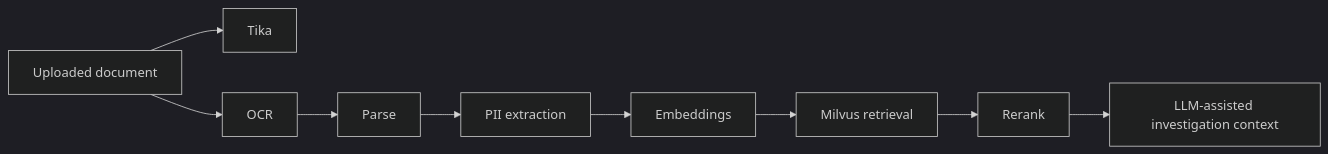
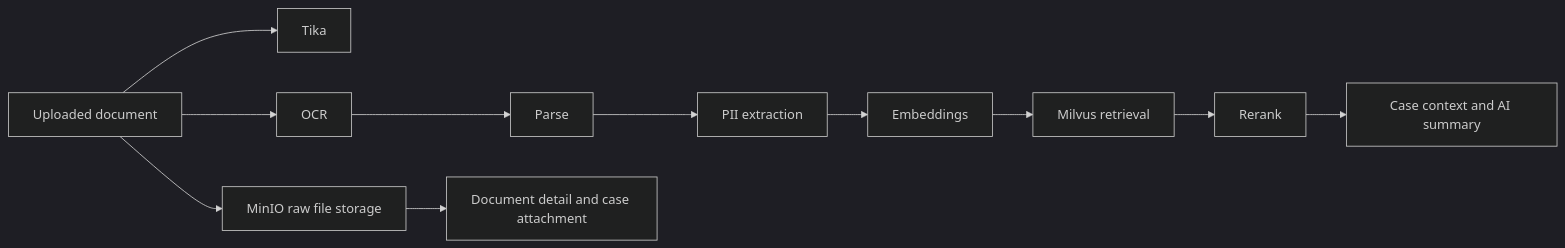
One commit to zeshaq/goaml-v2 changed the fourth of 10 diagrams in goaml-v2-project-overview-v3.md. Above: the diagram before and after it, drawn with Mermaid (dark theme). The commit also changed other lines of this file and 101 other files, not shown here.

````diff
--- a/goaml-v2-project-overview-v3.md
+++ b/goaml-v2-project-overview-v3.md
@@ -198,11 +204,13 @@
 ```mermaid
 flowchart LR
     A[Uploaded document] --> B[Tika]
     A --> C[OCR]
     C --> D[Parse]
     D --> E[PII extraction]
     E --> F[Embeddings]
     F --> G[Milvus retrieval]
     G --> H[Rerank]
-    H --> I[LLM-assisted investigation context]
+    H --> I[Case context and AI summary]
+    A --> J[MinIO raw file storage]
+    J --> K[Document detail and case attachment]
 ```
````
